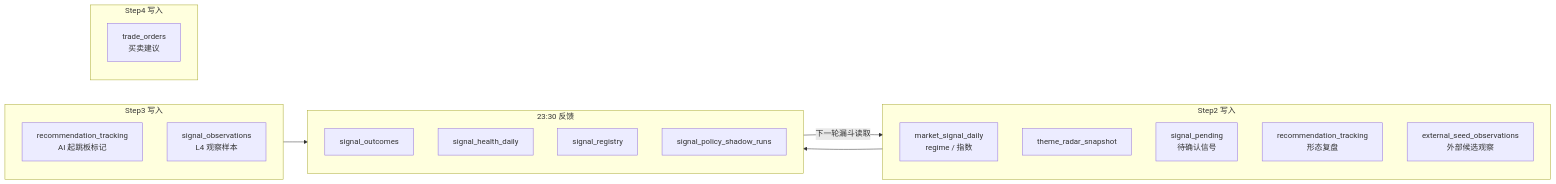
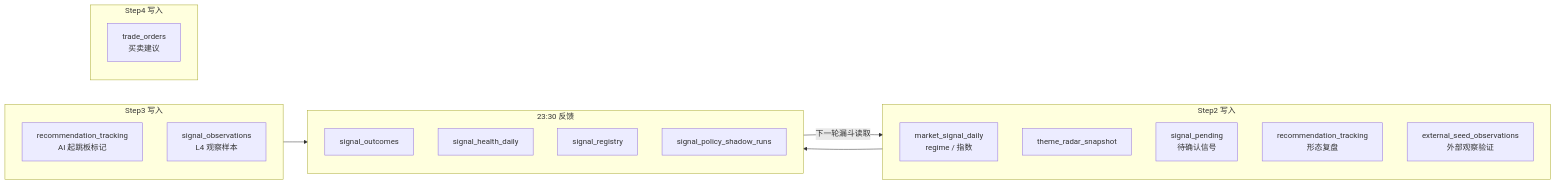
The seventh of 7 diagrams in docs/A_SHARE_FUNNEL_FLOW.md (niyoh120/Wyckoff-Analysis), drawn with Mermaid before and after one commit. The commit also changed other lines of this file and 10 other files, not shown here.

Commit message:
fix: keep external seeds as shadow observations

````diff
--- a/docs/A_SHARE_FUNNEL_FLOW.md
+++ b/docs/A_SHARE_FUNNEL_FLOW.md
@@ -313,30 +313,30 @@
 ```mermaid
 flowchart LR
     subgraph STEP2_WRITE["Step2 写入"]
         W1["market_signal_daily<br/>regime / 指数"]
         W2["theme_radar_snapshot"]
         W3["signal_pending<br/>待确认信号"]
         W4["recommendation_tracking<br/>形态复盘"]
-        W12["external_seed_observations<br/>外部候选观察"]
+        W12["external_seed_observations<br/>外部观察验证"]
     end
 
     subgraph STEP3_WRITE["Step3 写入"]
         W5["recommendation_tracking<br/>AI 起跳板标记"]
         W6["signal_observations<br/>L4 观察样本"]
     end
 
     subgraph STEP4_WRITE["Step4 写入"]
         W7["trade_orders<br/>买卖建议"]
     end
 
     subgraph FEEDBACK["23:30 反馈"]
         W8["signal_outcomes"]
         W9["signal_health_daily"]
         W10["signal_registry"]
         W11["signal_policy_shadow_runs"]
     end
 
     STEP2_WRITE --> FEEDBACK
     STEP3_WRITE --> FEEDBACK
     FEEDBACK -->|下一轮漏斗读取| STEP2_WRITE
 ```
````
